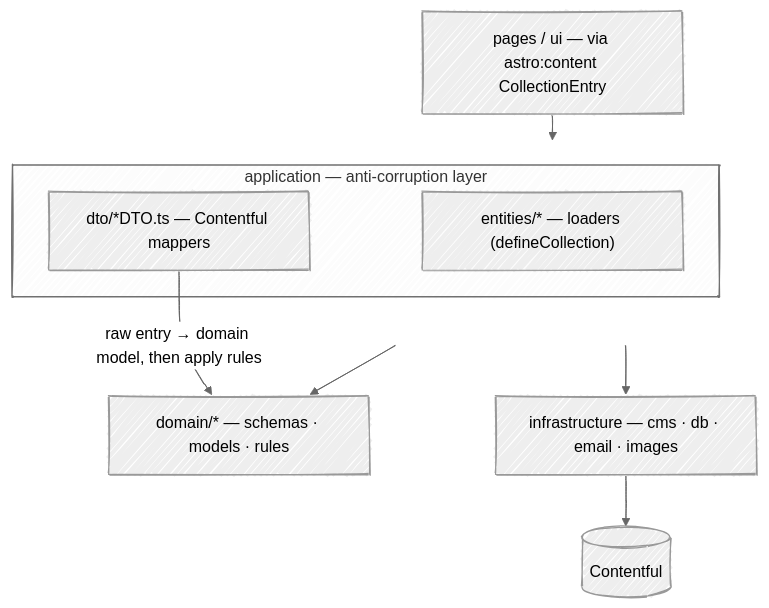
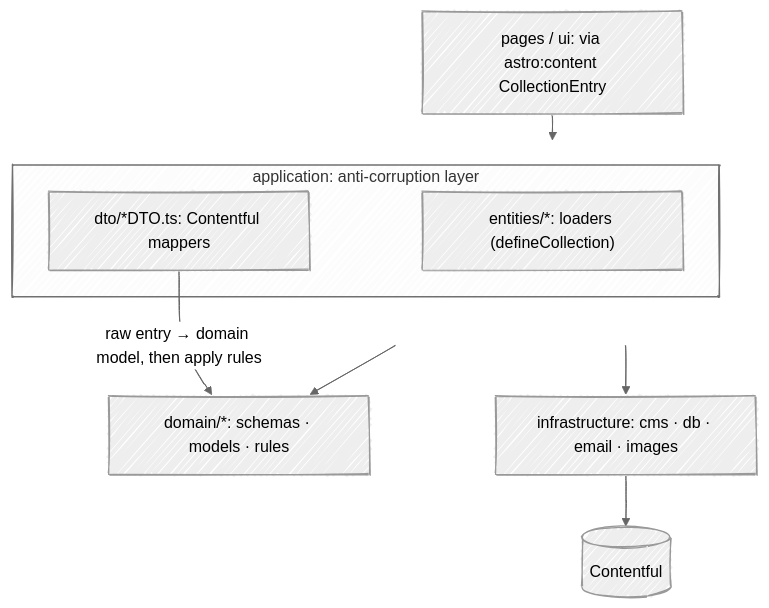
Before and after one commit to fbuireu/biancafiore: the diagram in docs/adr/0012-pragmatic-ddd-domain-layer-anti-corruption-layer.md, drawn with Mermaid. The commit also changed other lines of this file and 20 other files, not shown here.

````diff
--- a/docs/adr/0012-pragmatic-ddd-domain-layer-anti-corruption-layer.md
+++ b/docs/adr/0012-pragmatic-ddd-domain-layer-anti-corruption-layer.md
@@ -23,17 +23,17 @@
 ```mermaid
 ---
 config:
   look: handDrawn
   theme: neutral
 ---
 flowchart TD
-    UI["pages / ui — via astro:content CollectionEntry"] --> APP
-    subgraph APP["application — anti-corruption layer"]
-      L["entities/* — loaders (defineCollection)"]
-      M["dto/*DTO.ts — Contentful mappers"]
+    UI["pages / ui: via astro:content CollectionEntry"] --> APP
+    subgraph APP["application: anti-corruption layer"]
+      L["entities/*: loaders (defineCollection)"]
+      M["dto/*DTO.ts: Contentful mappers"]
     end
-    APP --> DOM["domain/* — schemas · models · rules"]
-    APP --> INFRA["infrastructure — cms · db · email · images"]
+    APP --> DOM["domain/*: schemas · models · rules"]
+    APP --> INFRA["infrastructure: cms · db · email · images"]
     INFRA --> CMS[("Contentful")]
     M -- "raw entry → domain model, then apply rules" --> DOM
 ```
````
